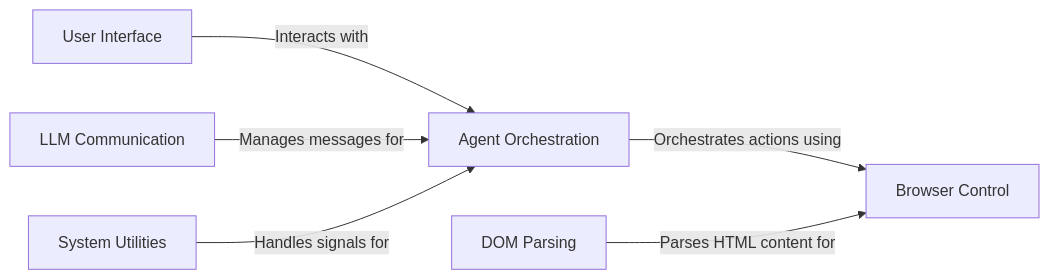
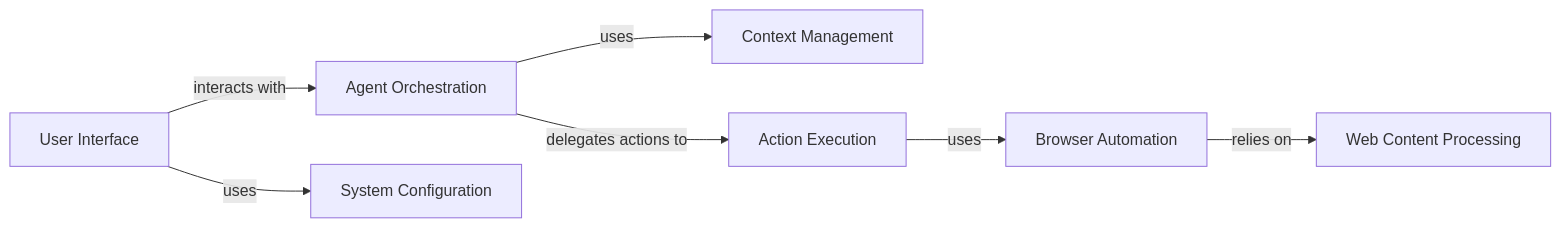
One commit to CodeBoarding/GeneratedOnBoardings changed the diagram in browser-use/on_boarding.md. Above: the diagram before and after it, drawn with Mermaid. The commit also changed other lines of this file and 11 other files, not shown here.

````diff
--- a/browser-use/on_boarding.md
+++ b/browser-use/on_boarding.md
@@ -1,20 +1,23 @@
 ```mermaid
 graph LR
     User_Interface["User Interface"]
     Agent_Orchestration["Agent Orchestration"]
-    Browser_Control["Browser Control"]
-    DOM_Parsing["DOM Parsing"]
-    LLM_Communication["LLM Communication"]
-    System_Utilities["System Utilities"]
-    User_Interface -- "Interacts with" --> Agent_Orchestration
-    Agent_Orchestration -- "Orchestrates actions using" --> Browser_Control
-    DOM_Parsing -- "Parses HTML content for" --> Browser_Control
-    LLM_Communication -- "Manages messages for" --> Agent_Orchestration
-    System_Utilities -- "Handles signals for" --> Agent_Orchestration
+    Context_Management["Context Management"]
+    Action_Execution["Action Execution"]
+    Browser_Automation["Browser Automation"]
+    Web_Content_Processing["Web Content Processing"]
+    System_Configuration["System Configuration"]
+    User_Interface -- "interacts with" --> Agent_Orchestration
+    Agent_Orchestration -- "uses" --> Context_Management
+    Agent_Orchestration -- "delegates actions to" --> Action_Execution
+    Action_Execution -- "uses" --> Browser_Automation
+    Browser_Automation -- "relies on" --> Web_Content_Processing
+    User_Interface -- "uses" --> System_Configuration
     click User_Interface href "https://github.com/CodeBoarding/GeneratedOnBoardings/blob/main/browser-use/User Interface.md" "Details"
     click Agent_Orchestration href "https://github.com/CodeBoarding/GeneratedOnBoardings/blob/main/browser-use/Agent Orchestration.md" "Details"
-    click Browser_Control href "https://github.com/CodeBoarding/GeneratedOnBoardings/blob/main/browser-use/Browser Control.md" "Details"
-    click DOM_Parsing href "https://github.com/CodeBoarding/GeneratedOnBoardings/blob/main/browser-use/DOM Parsing.md" "Details"
-    click LLM_Communication href "https://github.com/CodeBoarding/GeneratedOnBoardings/blob/main/browser-use/LLM Communication.md" "Details"
-    click System_Utilities href "https://github.com/CodeBoarding/GeneratedOnBoardings/blob/main/browser-use/System Utilities.md" "Details"
+    click Context_Management href "https://github.com/CodeBoarding/GeneratedOnBoardings/blob/main/browser-use/Context Management.md" "Details"
+    click Action_Execution href "https://github.com/CodeBoarding/GeneratedOnBoardings/blob/main/browser-use/Action Execution.md" "Details"
+    click Browser_Automation href "https://github.com/CodeBoarding/GeneratedOnBoardings/blob/main/browser-use/Browser Automation.md" "Details"
+    click Web_Content_Processing href "https://github.com/CodeBoarding/GeneratedOnBoardings/blob/main/browser-use/Web Content Processing.md" "Details"
+    click System_Configuration href "https://github.com/CodeBoarding/GeneratedOnBoardings/blob/main/browser-use/System Configuration.md" "Details"
 ```
````
